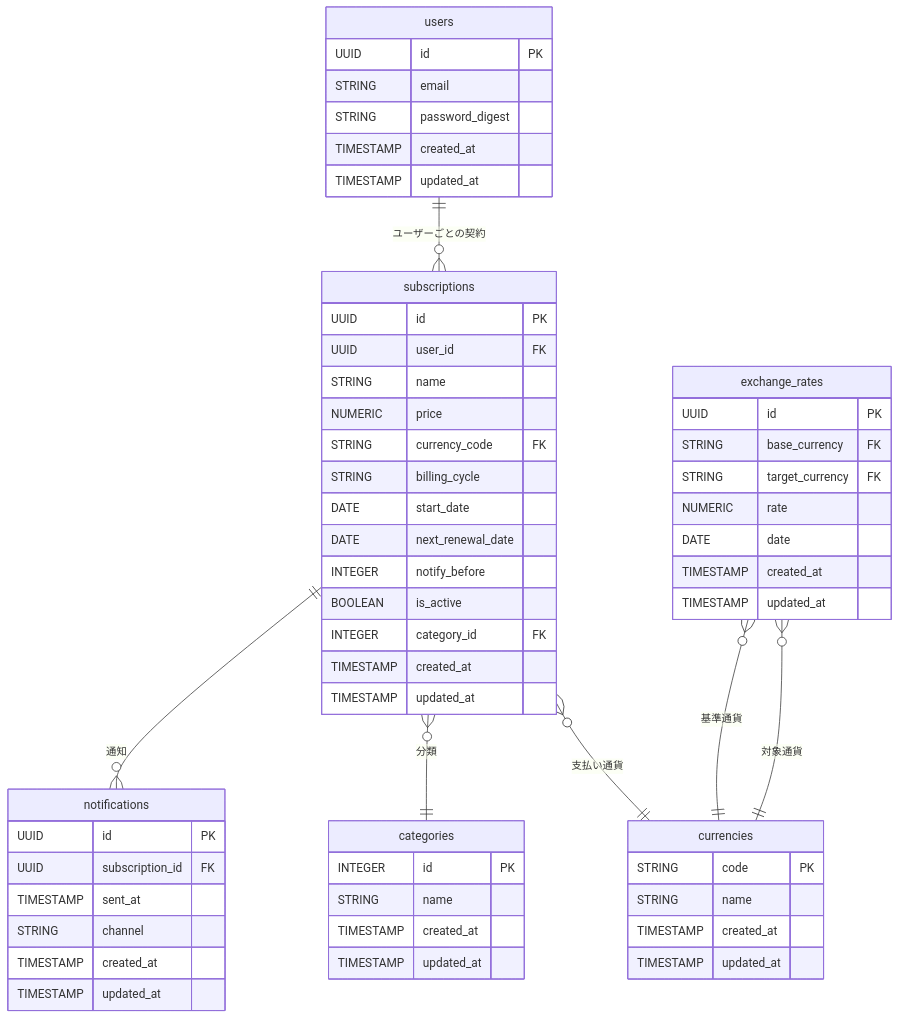
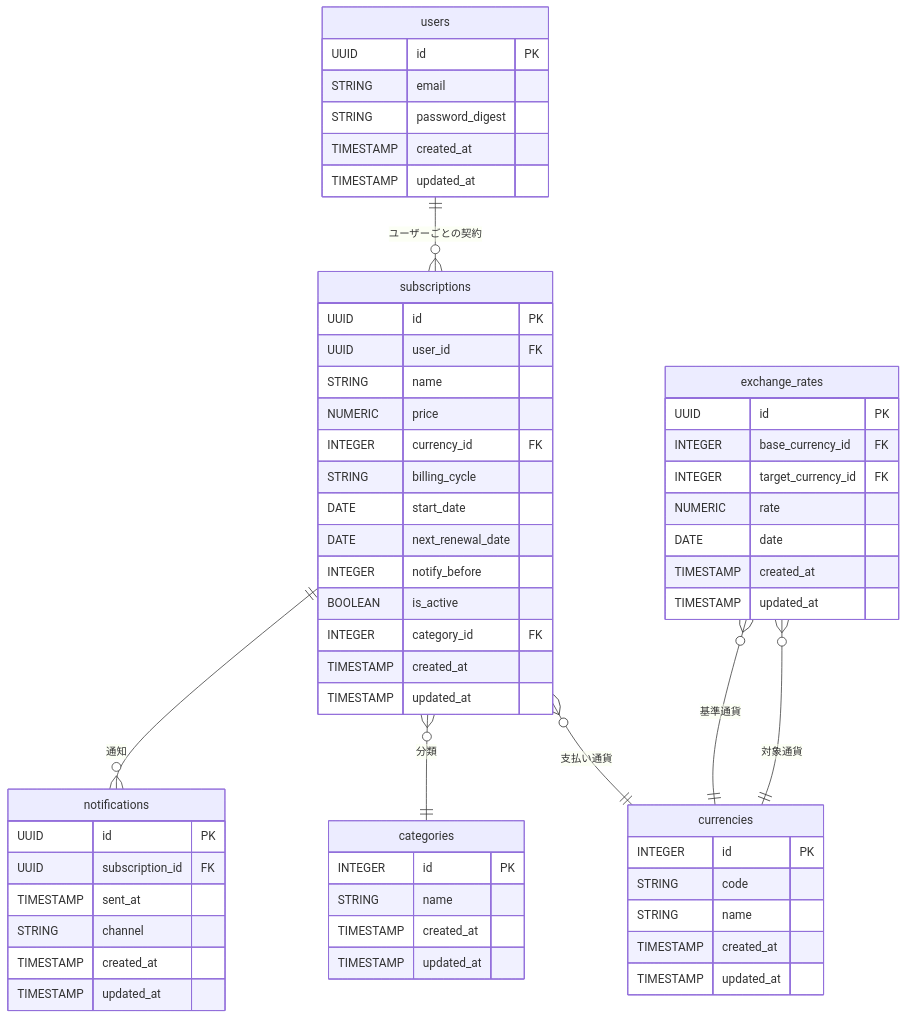
Before and after one commit to ueferi/track-my-subs: the diagram in doc/er-diagram.md, drawn with Mermaid. The commit also changed other lines of this file, not shown here.

````diff
--- a/doc/er-diagram.md
+++ b/doc/er-diagram.md
@@ -7,67 +7,68 @@
 ```mermaid
 erDiagram
 
 users {
   UUID id PK
   STRING email
   STRING password_digest
   TIMESTAMP created_at
   TIMESTAMP updated_at
 }
 
 subscriptions {
   UUID id PK
   UUID user_id FK
   STRING name
   NUMERIC price
-  STRING currency_code FK
+  INTEGER currency_id FK
   STRING billing_cycle
   DATE start_date
   DATE next_renewal_date
   INTEGER notify_before
   BOOLEAN is_active
   INTEGER category_id FK
   TIMESTAMP created_at
   TIMESTAMP updated_at
 }
 
 notifications {
   UUID id PK
   UUID subscription_id FK
   TIMESTAMP sent_at
   STRING channel
   TIMESTAMP created_at
   TIMESTAMP updated_at
 }
 
 categories {
   INTEGER id PK
   STRING name
   TIMESTAMP created_at
   TIMESTAMP updated_at
 }
 
 currencies {
-  STRING code PK
+  INTEGER id PK
+  STRING code
   STRING name
   TIMESTAMP created_at
   TIMESTAMP updated_at
 }
 
 exchange_rates {
   UUID id PK
-  STRING base_currency FK
-  STRING target_currency FK
+  INTEGER base_currency_id FK
+  INTEGER target_currency_id FK
   NUMERIC rate
   DATE date
   TIMESTAMP created_at
   TIMESTAMP updated_at
 }
 
 users ||--o{ subscriptions : "ユーザーごとの契約"
 subscriptions ||--o{ notifications : "通知"
 subscriptions }o--|| categories : "分類"
 subscriptions }o--|| currencies : "支払い通貨"
 exchange_rates }o--|| currencies : "基準通貨"
 exchange_rates }o--|| currencies : "対象通貨"
 ```
````
